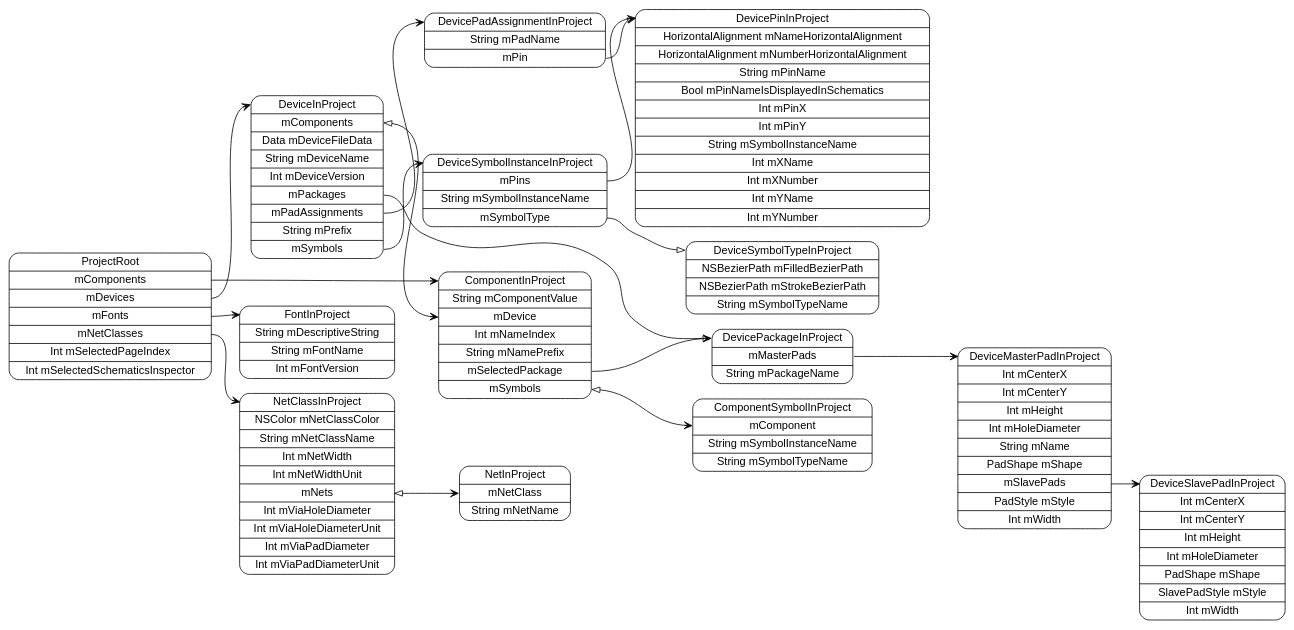
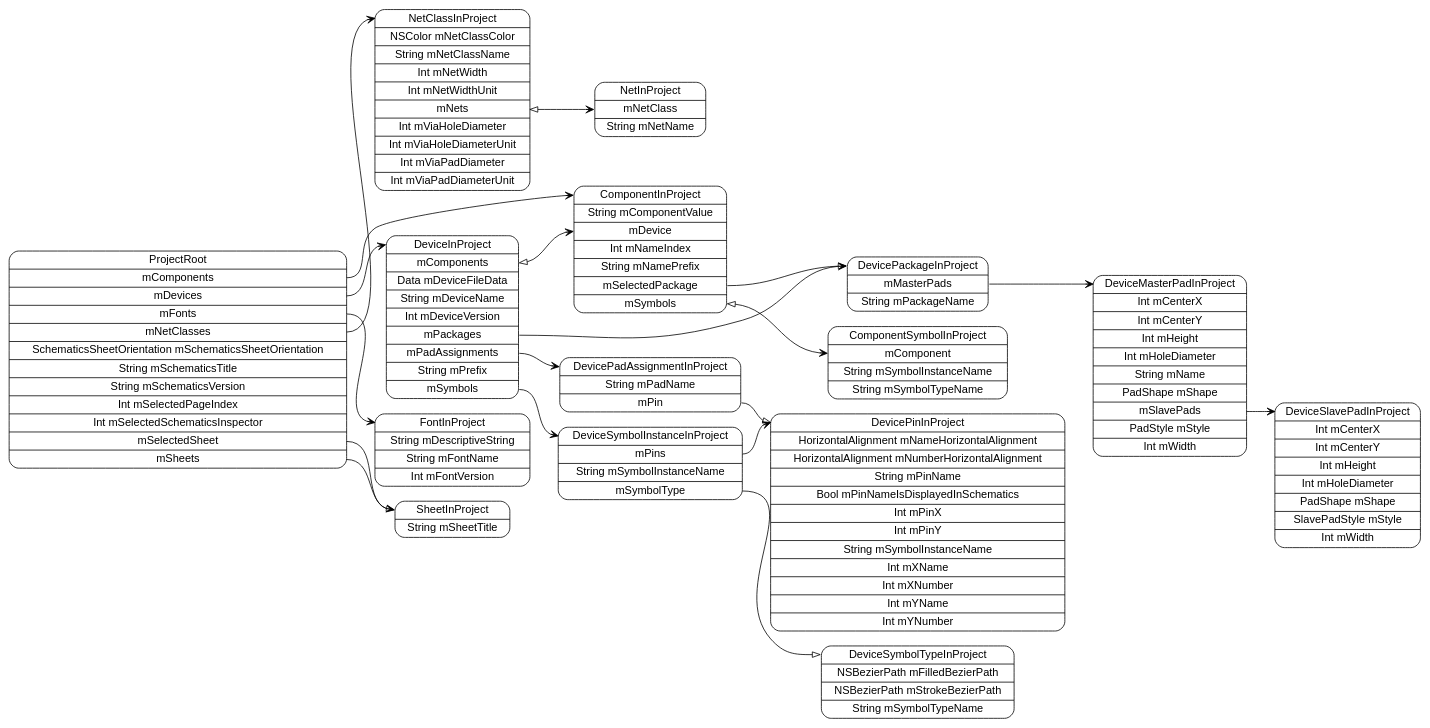
One commit to pierremolinaro/ElCanari-dev changed the diagram in models/ProjectRoot.dot. Above: the diagram before and after it, drawn with Graphviz. The commit also changed 39 other files, not shown here.

```diff
--- a/models/ProjectRoot.dot
+++ b/models/ProjectRoot.dot
@@ -1,34 +1,37 @@
 digraph G {
   rankdir=LR ;
   node [shape=record fontname=helvetica style=rounded] ;
-  ProjectRoot[label="<ProjectRoot>ProjectRoot|<mComponents>mComponents|<mDevices>mDevices|<mFonts>mFonts|<mNetClasses>mNetClasses|Int mSelectedPageIndex|Int mSelectedSchematicsInspector"] ;
+  ProjectRoot[label="<ProjectRoot>ProjectRoot|<mComponents>mComponents|<mDevices>mDevices|<mFonts>mFonts|<mNetClasses>mNetClasses|SchematicsSheetOrientation mSchematicsSheetOrientation|String mSchematicsTitle|String mSchematicsVersion|Int mSelectedPageIndex|Int mSelectedSchematicsInspector|<mSelectedSheet>mSelectedSheet|<mSheets>mSheets"] ;
+  SheetInProject[label="<SheetInProject>SheetInProject|String mSheetTitle"] ;
   NetClassInProject[label="<NetClassInProject>NetClassInProject|NSColor mNetClassColor|String mNetClassName|Int mNetWidth|Int mNetWidthUnit|<mNets>mNets|Int mViaHoleDiameter|Int mViaHoleDiameterUnit|Int mViaPadDiameter|Int mViaPadDiameterUnit"] ;
   NetInProject[label="<NetInProject>NetInProject|<mNetClass>mNetClass|String mNetName"] ;
   FontInProject[label="<FontInProject>FontInProject|String mDescriptiveString|String mFontName|Int mFontVersion"] ;
   DeviceInProject[label="<DeviceInProject>DeviceInProject|<mComponents>mComponents|Data mDeviceFileData|String mDeviceName|Int mDeviceVersion|<mPackages>mPackages|<mPadAssignments>mPadAssignments|String mPrefix|<mSymbols>mSymbols"] ;
   DeviceSymbolInstanceInProject[label="<DeviceSymbolInstanceInProject>DeviceSymbolInstanceInProject|<mPins>mPins|String mSymbolInstanceName|<mSymbolType>mSymbolType"] ;
   DeviceSymbolTypeInProject[label="<DeviceSymbolTypeInProject>DeviceSymbolTypeInProject|NSBezierPath mFilledBezierPath|NSBezierPath mStrokeBezierPath|String mSymbolTypeName"] ;
   DevicePinInProject[label="<DevicePinInProject>DevicePinInProject|HorizontalAlignment mNameHorizontalAlignment|HorizontalAlignment mNumberHorizontalAlignment|String mPinName|Bool mPinNameIsDisplayedInSchematics|Int mPinX|Int mPinY|String mSymbolInstanceName|Int mXName|Int mXNumber|Int mYName|Int mYNumber"] ;
   DevicePadAssignmentInProject[label="<DevicePadAssignmentInProject>DevicePadAssignmentInProject|String mPadName|<mPin>mPin"] ;
   DevicePackageInProject[label="<DevicePackageInProject>DevicePackageInProject|<mMasterPads>mMasterPads|String mPackageName"] ;
   DeviceMasterPadInProject[label="<DeviceMasterPadInProject>DeviceMasterPadInProject|Int mCenterX|Int mCenterY|Int mHeight|Int mHoleDiameter|String mName|PadShape mShape|<mSlavePads>mSlavePads|PadStyle mStyle|Int mWidth"] ;
   DeviceSlavePadInProject[label="<DeviceSlavePadInProject>DeviceSlavePadInProject|Int mCenterX|Int mCenterY|Int mHeight|Int mHoleDiameter|PadShape mShape|SlavePadStyle mStyle|Int mWidth"] ;
   ComponentInProject[label="<ComponentInProject>ComponentInProject|String mComponentValue|<mDevice>mDevice|Int mNameIndex|String mNamePrefix|<mSelectedPackage>mSelectedPackage|<mSymbols>mSymbols"] ;
   ComponentSymbolInProject[label="<ComponentSymbolInProject>ComponentSymbolInProject|<mComponent>mComponent|String mSymbolInstanceName|String mSymbolTypeName"] ;
   ProjectRoot:mComponents -> ComponentInProject:ComponentInProject [dir=both arrowtail=none arrowhead=vee] ;
   ProjectRoot:mDevices -> DeviceInProject:DeviceInProject [dir=both arrowtail=none arrowhead=vee] ;
   ProjectRoot:mFonts -> FontInProject:FontInProject [dir=both arrowtail=none arrowhead=vee] ;
   ProjectRoot:mNetClasses -> NetClassInProject:NetClassInProject [dir=both arrowtail=none arrowhead=vee] ;
+  ProjectRoot:mSelectedSheet -> SheetInProject:SheetInProject [dir=both arrowtail=none arrowhead=onormal] ;
+  ProjectRoot:mSheets -> SheetInProject:SheetInProject [dir=both arrowtail=none arrowhead=vee] ;
   NetClassInProject:mNets -> NetInProject:mNetClass [dir=both arrowtail=onormal arrowhead=vee] ;
   DeviceInProject:mComponents -> ComponentInProject:mDevice [dir=both arrowtail=onormal arrowhead=vee] ;
   DeviceInProject:mPackages -> DevicePackageInProject:DevicePackageInProject [dir=both arrowtail=none arrowhead=vee] ;
   DeviceInProject:mPadAssignments -> DevicePadAssignmentInProject:DevicePadAssignmentInProject [dir=both arrowtail=none arrowhead=vee] ;
   DeviceInProject:mSymbols -> DeviceSymbolInstanceInProject:DeviceSymbolInstanceInProject [dir=both arrowtail=none arrowhead=vee] ;
   DeviceSymbolInstanceInProject:mPins -> DevicePinInProject:DevicePinInProject [dir=both arrowtail=none arrowhead=vee] ;
   DeviceSymbolInstanceInProject:mSymbolType -> DeviceSymbolTypeInProject:DeviceSymbolTypeInProject [dir=both arrowtail=none arrowhead=onormal] ;
   DevicePadAssignmentInProject:mPin -> DevicePinInProject:DevicePinInProject [dir=both arrowtail=none arrowhead=onormal] ;
   DevicePackageInProject:mMasterPads -> DeviceMasterPadInProject:DeviceMasterPadInProject [dir=both arrowtail=none arrowhead=vee] ;
   DeviceMasterPadInProject:mSlavePads -> DeviceSlavePadInProject:DeviceSlavePadInProject [dir=both arrowtail=none arrowhead=vee] ;
   ComponentInProject:mSelectedPackage -> DevicePackageInProject:DevicePackageInProject [dir=both arrowtail=none arrowhead=onormal] ;
   ComponentInProject:mSymbols -> ComponentSymbolInProject:mComponent [dir=both arrowtail=onormal arrowhead=vee] ;
 }
```
